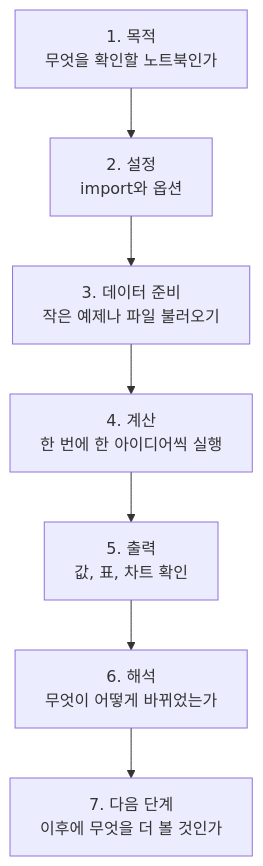
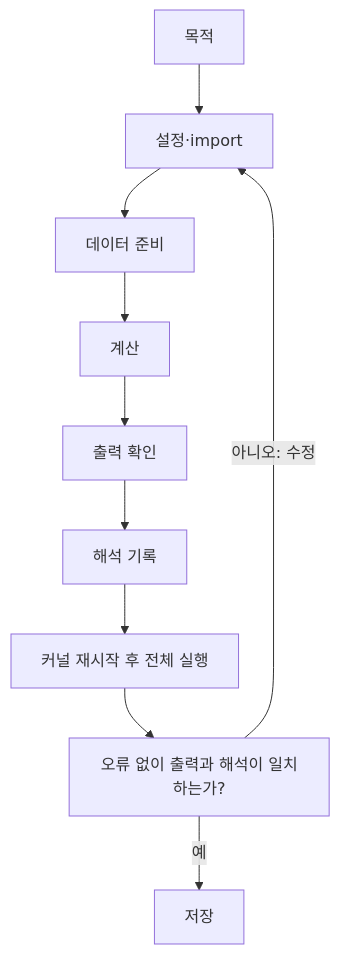
One commit to devchan64/AiBook changed the diagram in docs/assets/part-02/chapter-10/notebook-rerun-flow-ko.mmd. Above: the diagram before and after it, drawn with Mermaid. The commit also changed 28 other files, not shown here.

Commit message:
docs: reinforce P2-10 notebooks and require Mermaid for suitable diagrams

```diff
--- a/docs/assets/part-02/chapter-10/notebook-rerun-flow-ko.mmd
+++ b/docs/assets/part-02/chapter-10/notebook-rerun-flow-ko.mmd
@@ -1,10 +1,13 @@
 flowchart TB
-  A["1. 목적<br/>무엇을 확인할 노트북인가"]
-  B["2. 설정<br/>import와 옵션"]
-  C["3. 데이터 준비<br/>작은 예제나 파일 불러오기"]
-  D["4. 계산<br/>한 번에 한 아이디어씩 실행"]
-  E["5. 출력<br/>값, 표, 차트 확인"]
-  F["6. 해석<br/>무엇이 어떻게 바뀌었는가"]
-  G["7. 다음 단계<br/>이후에 무엇을 더 볼 것인가"]
-
-  A --> B --> C --> D --> E --> F --> G
+  A["목적"]
+  B["설정·import"]
+  C["데이터 준비"]
+  D["계산"]
+  E["출력 확인"]
+  F["해석 기록"]
+  G["커널 재시작 후 전체 실행"]
+  H["오류 없이 출력과 해석이 일치하는가?"]
+  I["저장"]
+  A --> B --> C --> D --> E --> F --> G --> H
+  H -->|예| I
+  H -->|아니오: 수정| B
```
